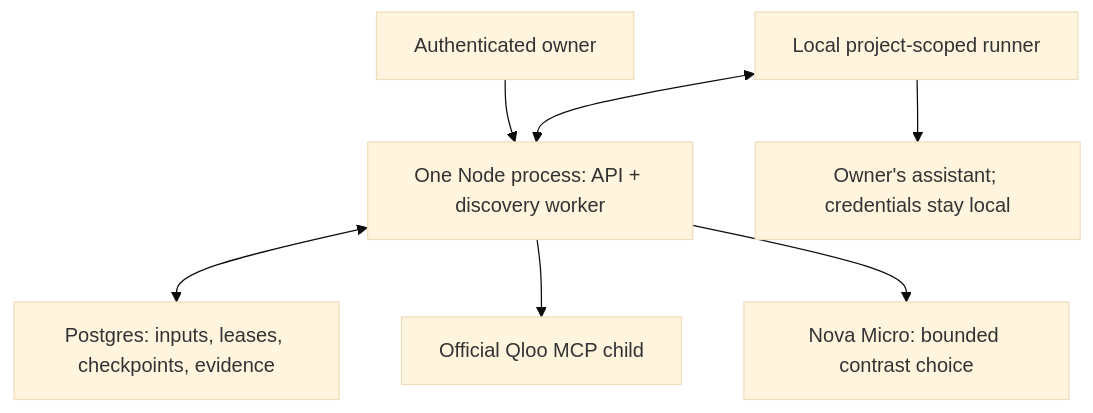
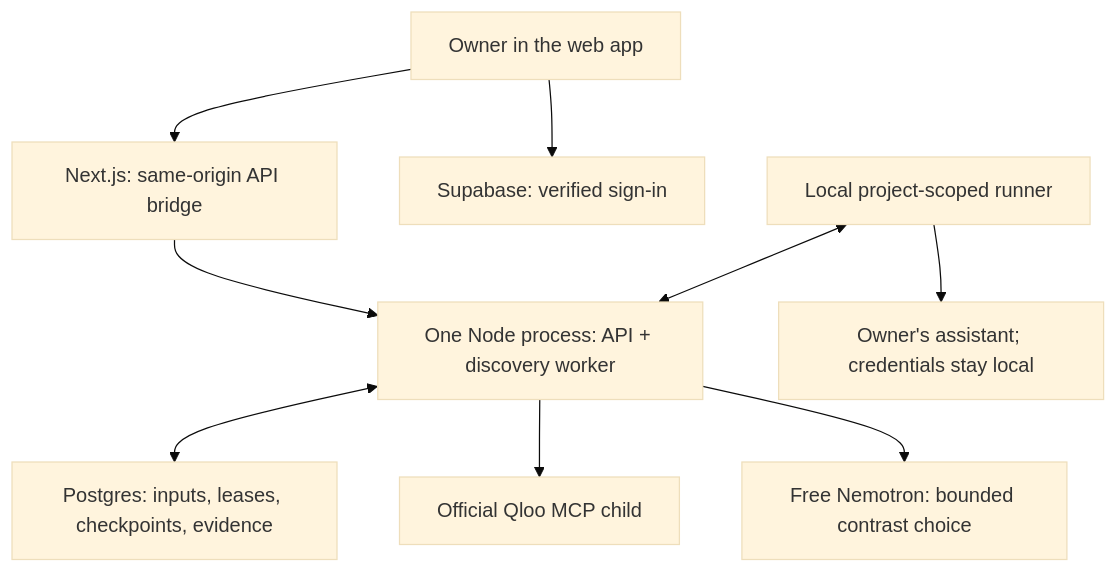
Before and after one commit to CryptoZephyr/tastecase: the second of 2 diagrams in README.md, drawn with Mermaid (base theme). The commit also changed other lines of this file and 193 other files, not shown here.

First line of the commit message:
Build and wire the TasteCase web app and in-app docs (#3)

````diff
--- a/README.md
+++ b/README.md
@@ -67,9 +67,11 @@
 ```mermaid
 flowchart TB
-  Owner["Authenticated owner"] --> Backend["One Node process: API + discovery worker"]
+  Owner["Owner in the web app"] --> Web["Next.js: same-origin API bridge"]
+  Owner --> Auth["Supabase: verified sign-in"]
+  Web --> Backend["One Node process: API + discovery worker"]
   Backend <--> DB["Postgres: inputs, leases, checkpoints, evidence"]
   Backend --> MCP["Official Qloo MCP child"]
-  Backend --> Nova["Nova Micro: bounded contrast choice"]
+  Backend --> Model["Free Nemotron: bounded contrast choice"]
   Runner["Local project-scoped runner"] <--> Backend
   Runner --> Target["Owner's assistant; credentials stay local"]
 ```
````
